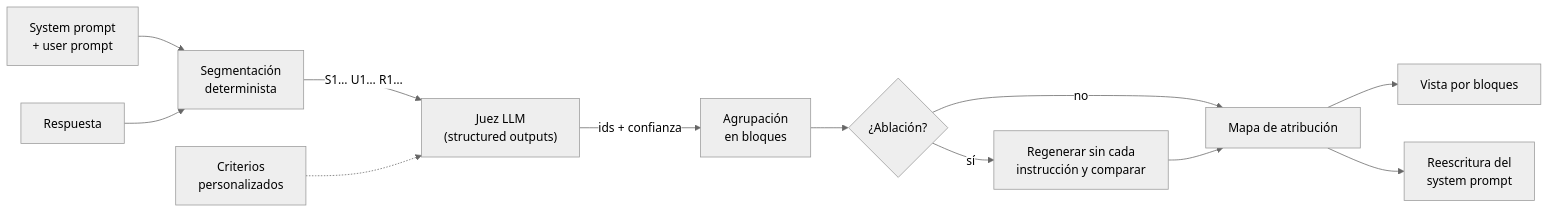
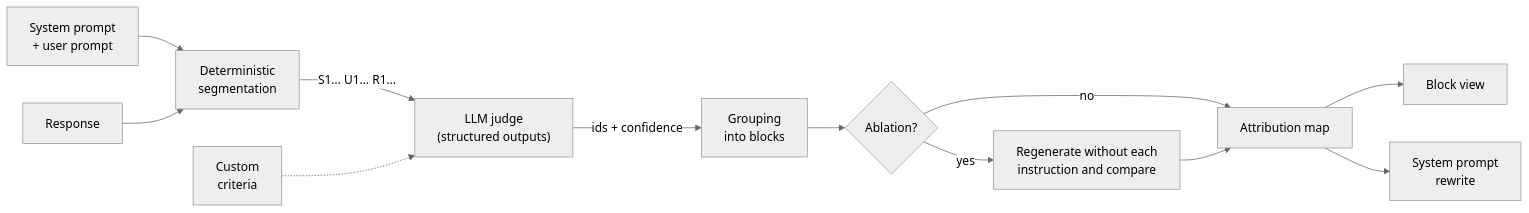
One commit to marcobd3/PromptBlame changed the diagram in README.md. Above: the diagram before and after it, drawn with Mermaid (neutral theme). The commit also changed other lines of this file and 21 other files, not shown here.

````diff
--- a/README.md
+++ b/README.md
@@ -190,14 +198,14 @@
 ```mermaid
 flowchart LR
-    P["System prompt<br/>+ user prompt"] --> SEG["Segmentación<br/>determinista"]
-    R["Respuesta"] --> SEG
-    SEG -->|"S1… U1… R1…"| J["Juez LLM<br/>(structured outputs)"]
-    C["Criterios<br/>personalizados"] -.-> J
-    J -->|"ids + confianza"| B["Agrupación<br/>en bloques"]
-    B --> A{"¿Ablación?"}
-    A -->|sí| V["Regenerar sin cada<br/>instrucción y comparar"]
-    A -->|no| M["Mapa de atribución"]
+    P["System prompt<br/>+ user prompt"] --> SEG["Deterministic<br/>segmentation"]
+    R["Response"] --> SEG
+    SEG -->|"S1… U1… R1…"| J["LLM judge<br/>(structured outputs)"]
+    C["Custom<br/>criteria"] -.-> J
+    J -->|"ids + confidence"| B["Grouping<br/>into blocks"]
+    B --> A{"Ablation?"}
+    A -->|yes| V["Regenerate without each<br/>instruction and compare"]
+    A -->|no| M["Attribution map"]
     V --> M
-    M --> UI["Vista por bloques"]
-    M --> RW["Reescritura del<br/>system prompt"]
+    M --> UI["Block view"]
+    M --> RW["System prompt<br/>rewrite"]
 ```
````
